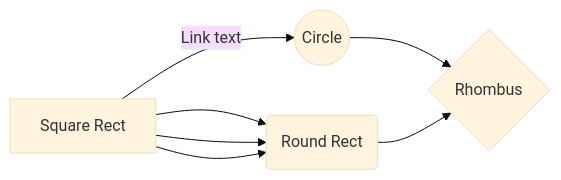
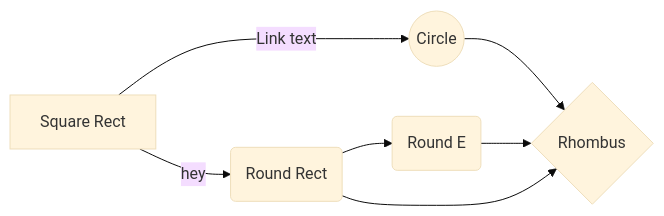
Before and after one commit to 0nully/JsonHelper: the second of 2 diagrams in testfile.md, drawn with Mermaid (base theme). The commit also changed other lines of this file, not shown here.

Commit message:
testfile.md updated from https://stackedit.io/

````diff
--- a/testfile.md
+++ b/testfile.md
@@ -137,9 +137,9 @@
 ```mermaid
 graph LR
 A[Square Rect] -- Link text --> B((Circle))
-A --> C(Round Rect)
-A --> C(Round Rect)
-A --> C(Round Rect)
+A -- hey --> E(Round Rect)
+E --> C(Round E)
+E --> D
 B --> D{Rhombus}
 C --> D
 ```
````
